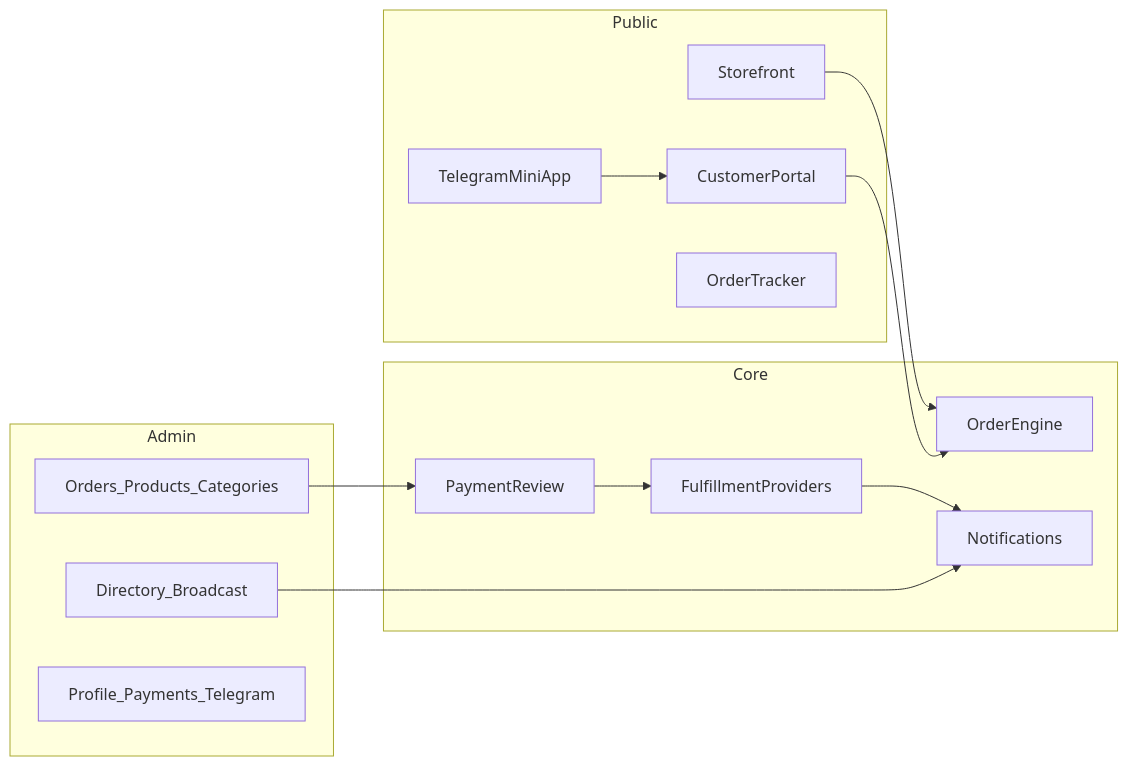
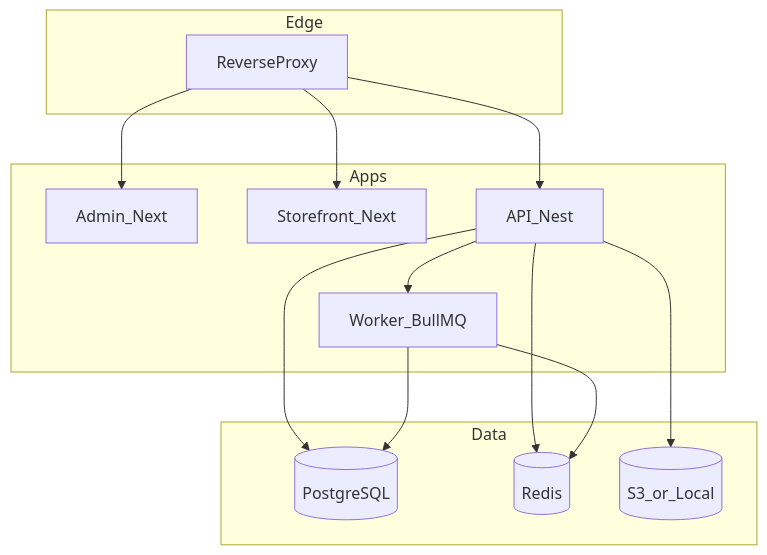
The first of 2 diagrams in SPEC.md (neoauroraproject/neostore), drawn with Mermaid before and after one commit. The commit also changed other lines of this file and 3 other files, not shown here.

Commit message:
docs: merge Marketplace PRD into SPEC with Store Core P0 priority

````diff
--- a/SPEC.md
+++ b/SPEC.md
@@ -64,27 +94,26 @@
 ```mermaid
-flowchart LR
-  subgraph public [Public]
-    Shop[Storefront]
-    Portal[CustomerPortal]
-    Track[OrderTracker]
-    TMA[TelegramMiniApp]
+flowchart TB
+  subgraph edge [Edge]
+    Proxy[ReverseProxy]
   end
-  subgraph adminUi [Admin]
-    Commerce[Orders_Products_Categories]
-    Customers[Directory_Broadcast]
-    Settings[Profile_Payments_Telegram]
+  subgraph apps [Apps]
+    Admin[Admin_Next]
+    Store[Storefront_Next]
+    Api[API_Nest]
+    Worker[Worker_BullMQ]
   end
-  subgraph core [Core]
-    Orders[OrderEngine]
-    Pay[PaymentReview]
-    Fulfill[FulfillmentProviders]
-    Notify[Notifications]
+  subgraph data [Data]
+    PG[(PostgreSQL)]
+    Redis[(Redis)]
+    S3[(S3_or_Local)]
   end
-  Shop --> Orders
-  Portal --> Orders
-  TMA --> Portal
-  Commerce --> Pay
-  Pay --> Fulfill
-  Fulfill --> Notify
-  Customers --> Notify
+  Proxy --> Admin
+  Proxy --> Store
+  Proxy --> Api
+  Api --> PG
+  Api --> Redis
+  Api --> S3
+  Worker --> PG
+  Worker --> Redis
+  Api --> Worker
 ```
````
